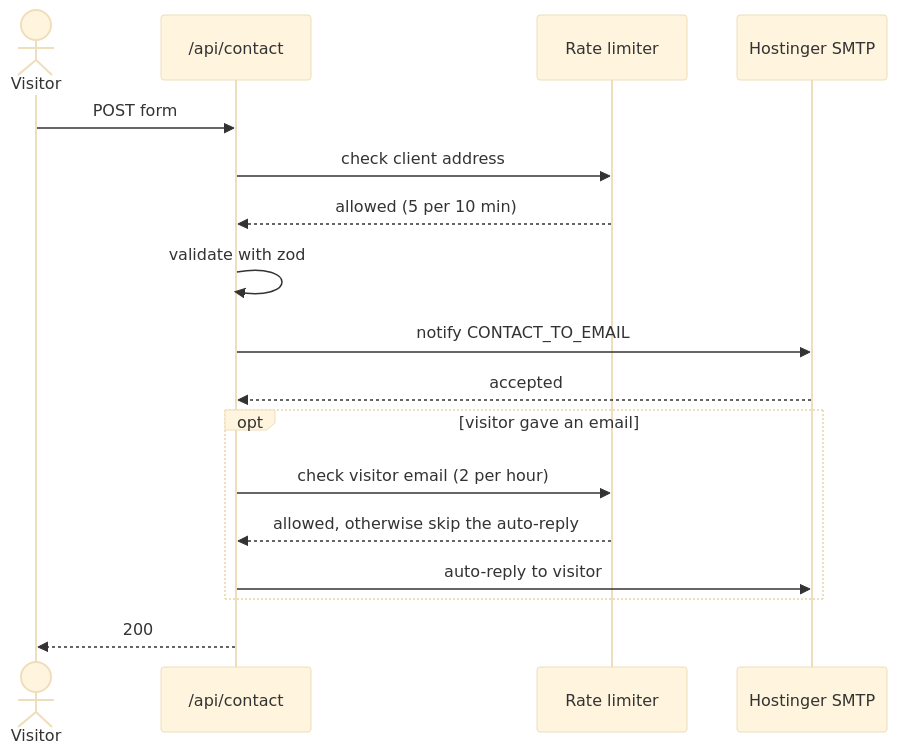
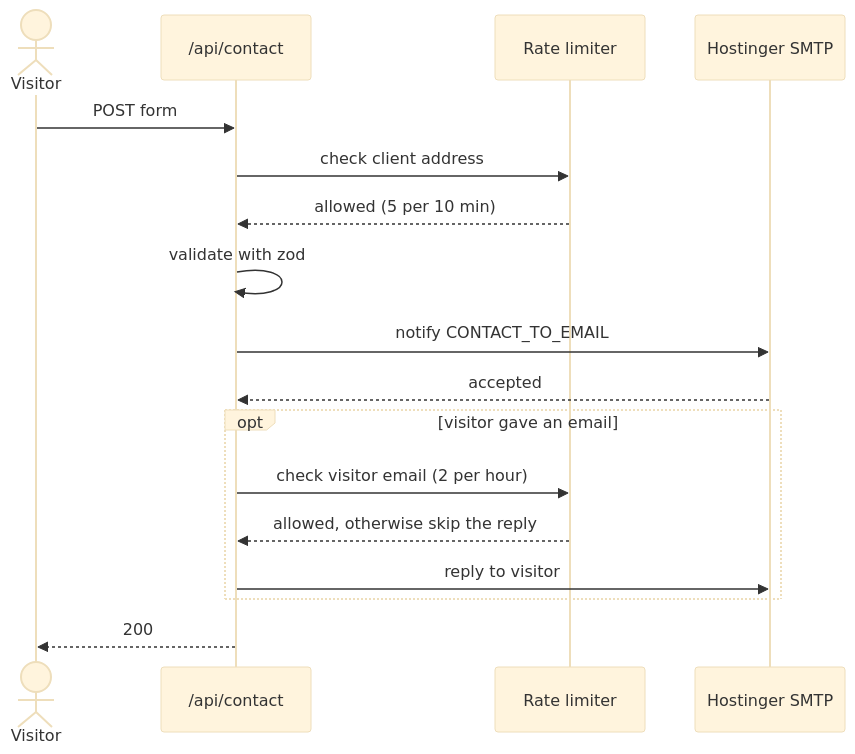
The second of 2 diagrams in README.md (lawalOyinlola/a_certain_woman), drawn with Mermaid (base theme) before and after one commit. The commit also changed other lines of this file, not shown here.

Commit message:
Rewrite the README with screenshots, stack badges and the email flow

````diff
--- a/README.md
+++ b/README.md
@@ -92,19 +117,19 @@
 ```mermaid
 sequenceDiagram
     actor V as Visitor
     participant F as /api/contact
     participant L as Rate limiter
     participant H as Hostinger SMTP
     V->>F: POST form
     F->>L: check client address
     L-->>F: allowed (5 per 10 min)
     F->>F: validate with zod
     F->>H: notify CONTACT_TO_EMAIL
     H-->>F: accepted
     opt visitor gave an email
         F->>L: check visitor email (2 per hour)
-        L-->>F: allowed, otherwise skip the auto-reply
-        F->>H: auto-reply to visitor
+        L-->>F: allowed, otherwise skip the reply
+        F->>H: reply to visitor
     end
     F-->>V: 200
 ```
````
